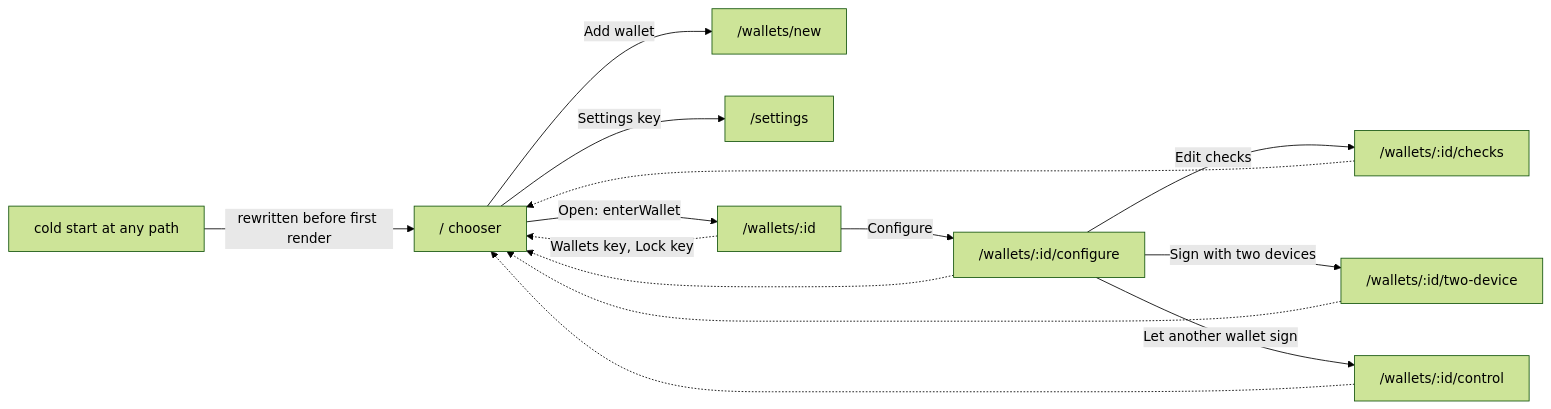
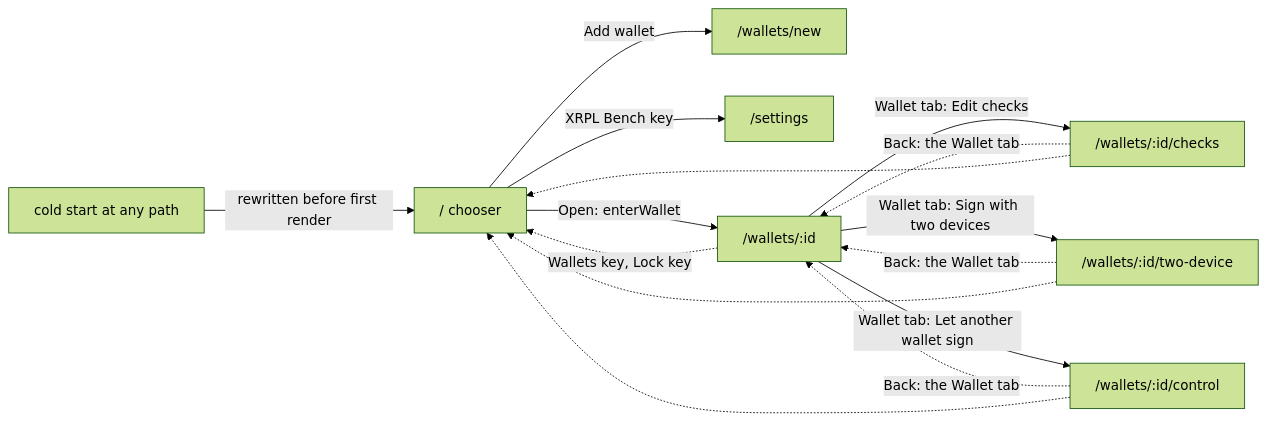
Before and after one commit to otaviootavio/xrpl-bench: the second of 3 diagrams in _bmad-output/planning-artifacts/architecture/architecture-xrpl-wallet-chooser-2026-10-19/ARCHITECTURE-SPINE.md, drawn with Mermaid (forest theme). The commit also changed other lines of this file and 1 other file, not shown here.

Commit message:
docs: plan the Wallet tab and per-Wallet Address Book (chooser spine AD-50, AD-51)

````diff
--- a/_bmad-output/planning-artifacts/architecture/architecture-xrpl-wallet-chooser-2026-10-19/ARCHITECTURE-SPINE.md
+++ b/_bmad-output/planning-artifacts/architecture/architecture-xrpl-wallet-chooser-2026-10-19/ARCHITECTURE-SPINE.md
@@ -58,16 +58,17 @@
 ```mermaid
 graph LR
   boot["cold start at any path"] -->|"rewritten before first render"| root
   root["/ chooser"] -->|"Add wallet"| newp["/wallets/new"]
-  root -->|"Settings key"| setp["/settings"]
+  root -->|"XRPL Bench key"| setp["/settings"]
   root -->|"Open: enterWallet"| wp["/wallets/:id"]
-  wp -->|"Configure"| cp["/wallets/:id/configure"]
-  cp -->|"Edit checks"| ep["/wallets/:id/checks"]
-  cp -->|"Sign with two devices"| tp["/wallets/:id/two-device"]
-  cp -->|"Let another wallet sign"| kp["/wallets/:id/control"]
+  wp -->|"Wallet tab: Edit checks"| ep["/wallets/:id/checks"]
+  wp -->|"Wallet tab: Sign with two devices"| tp["/wallets/:id/two-device"]
+  wp -->|"Wallet tab: Let another wallet sign"| kp["/wallets/:id/control"]
   wp -.->|"Wallets key, Lock key"| root
-  cp -.-> root
+  ep -.->|"Back: the Wallet tab"| wp
+  tp -.->|"Back: the Wallet tab"| wp
+  kp -.->|"Back: the Wallet tab"| wp
   ep -.-> root
   tp -.-> root
   kp -.-> root
 ```
````
